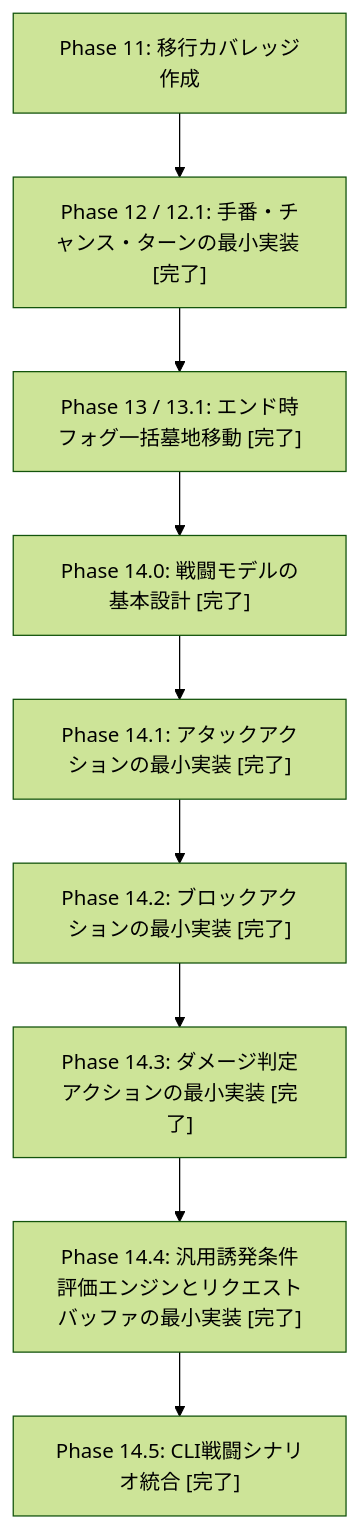
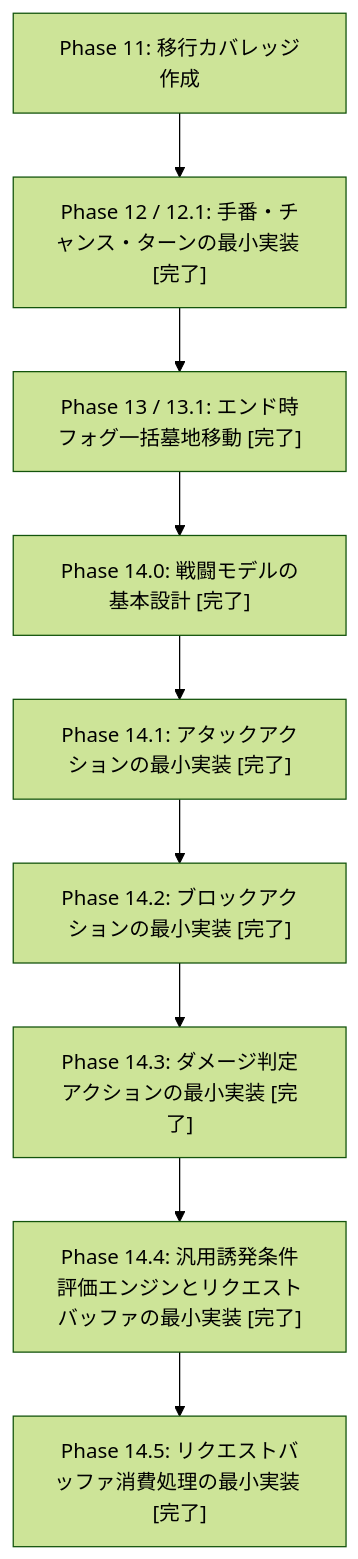
The diagram in tools/simulator/docs/rules-vnext-coverage.md (BlackPoker/BlackPoker), drawn with Mermaid (forest theme) before and after one commit. The commit also changed other lines of this file and 12 other files, not shown here.

````diff
--- a/tools/simulator/docs/rules-vnext-coverage.md
+++ b/tools/simulator/docs/rules-vnext-coverage.md
@@ -77,11 +82,11 @@
 ```mermaid
 graph TD
     A["Phase 11: 移行カバレッジ作成"] --> B["Phase 12 / 12.1: 手番・チャンス・ターンの最小実装 [完了]"]
     B --> C["Phase 13 / 13.1: エンド時フォグ一括墓地移動 [完了]"]
     C --> D["Phase 14.0: 戦闘モデルの基本設計 [完了]"]
     D --> D1["Phase 14.1: アタックアクションの最小実装 [完了]"]
     D1 --> D2["Phase 14.2: ブロックアクションの最小実装 [完了]"]
     D2 --> D3["Phase 14.3: ダメージ判定アクションの最小実装 [完了]"]
     D3 --> D4["Phase 14.4: 汎用誘発条件評価エンジンとリクエストバッファの最小実装 [完了]"]
-    D4 --> D5["Phase 14.5: CLI戦闘シナリオ統合 [完了]"]
+    D4 --> D5["Phase 14.5: リクエストバッファ消費処理の最小実装 [完了]"]
 ```
````
